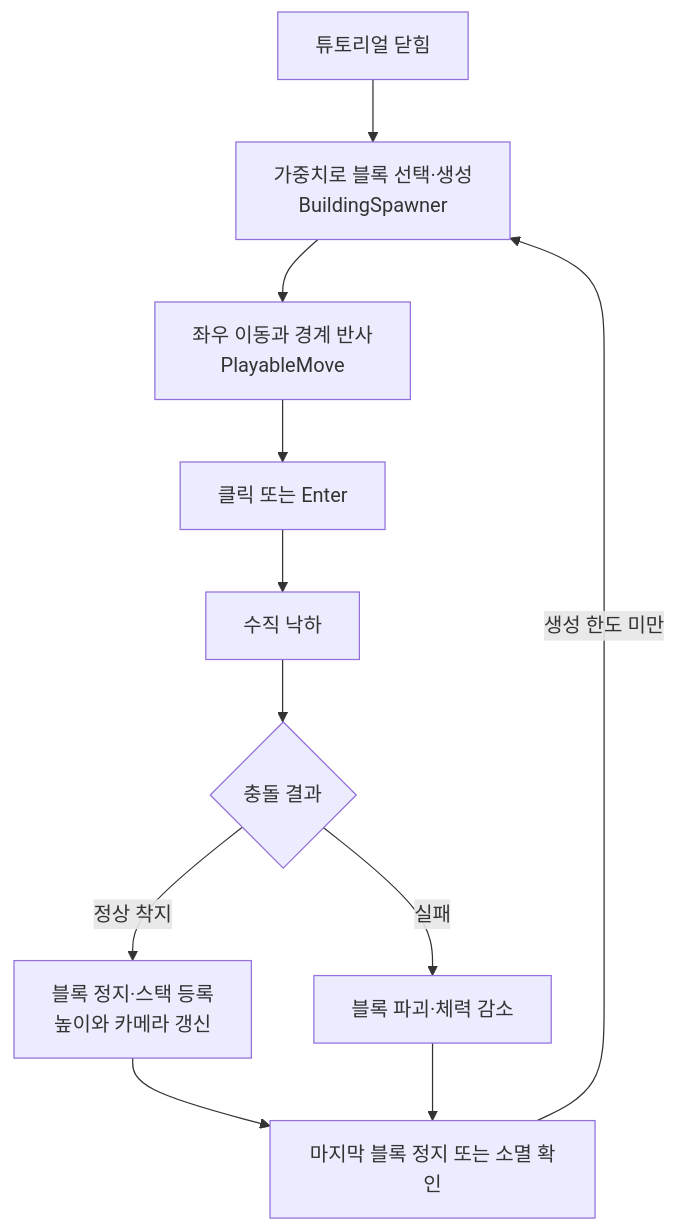
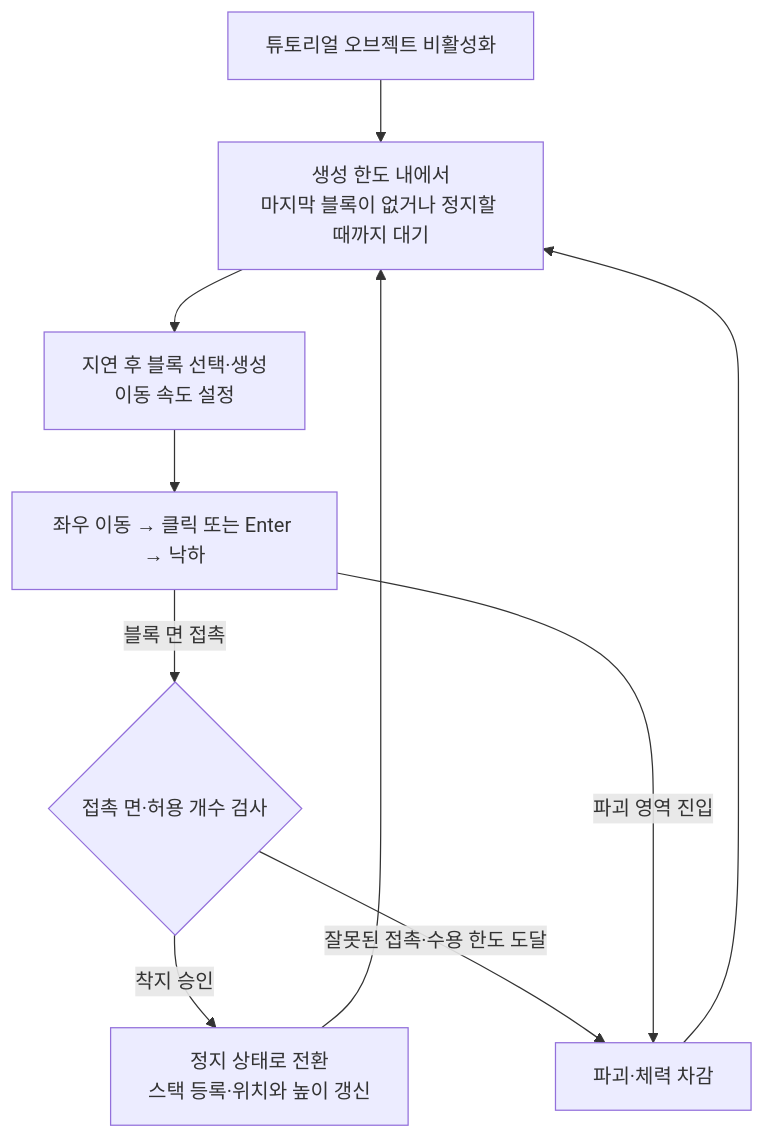
One commit to als79gur49/2024_3D_TeamProject-code-portfolio changed the first of 3 diagrams in README.md. Above: the diagram before and after it, drawn with Mermaid. The commit also changed other lines of this file, not shown here.

Commit message:
docs: refine construction gameplay flow and source-backed conditions

````diff
--- a/README.md
+++ b/README.md
@@ -16,13 +18,12 @@
 ```mermaid
 flowchart TD
-    T["튜토리얼 닫힘"] --> S["가중치로 블록 선택·생성<br/>BuildingSpawner"]
-    S --> M["좌우 이동과 경계 반사<br/>PlayableMove"]
-    M --> I["클릭 또는 Enter"]
-    I --> F["수직 낙하"]
-    F --> C{"충돌 결과"}
-    C -->|"정상 착지"| B["블록 정지·스택 등록<br/>높이와 카메라 갱신"]
-    C -->|"실패"| D["블록 파괴·체력 감소"]
-    B --> W["마지막 블록 정지 또는 소멸 확인"]
+    T["튜토리얼 오브젝트 비활성화"] --> W
+    W["생성 한도 내에서<br/>마지막 블록이 없거나 정지할 때까지 대기"] --> S["지연 후 블록 선택·생성<br/>이동 속도 설정"]
+    S --> M["좌우 이동 → 클릭 또는 Enter → 낙하"]
+    M -->|"블록 면 접촉"| C{"접촉 면·허용 개수 검사"}
+    C -->|"착지 승인"| L["정지 상태로 전환<br/>스택 등록·위치와 높이 갱신"]
+    C -->|"잘못된 접촉·수용 한도 도달"| D["파괴·체력 차감"]
+    M -->|"파괴 영역 진입"| D
+    L --> W
     D --> W
-    W -->|"생성 한도 미만"| S
 ```
````
